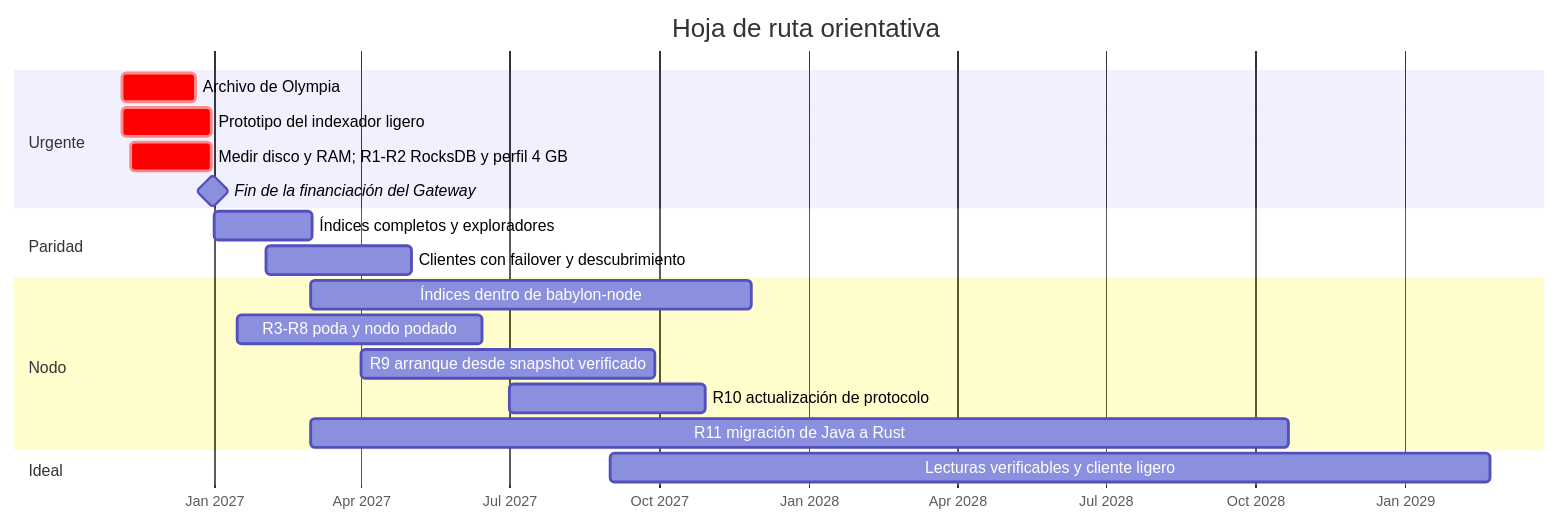
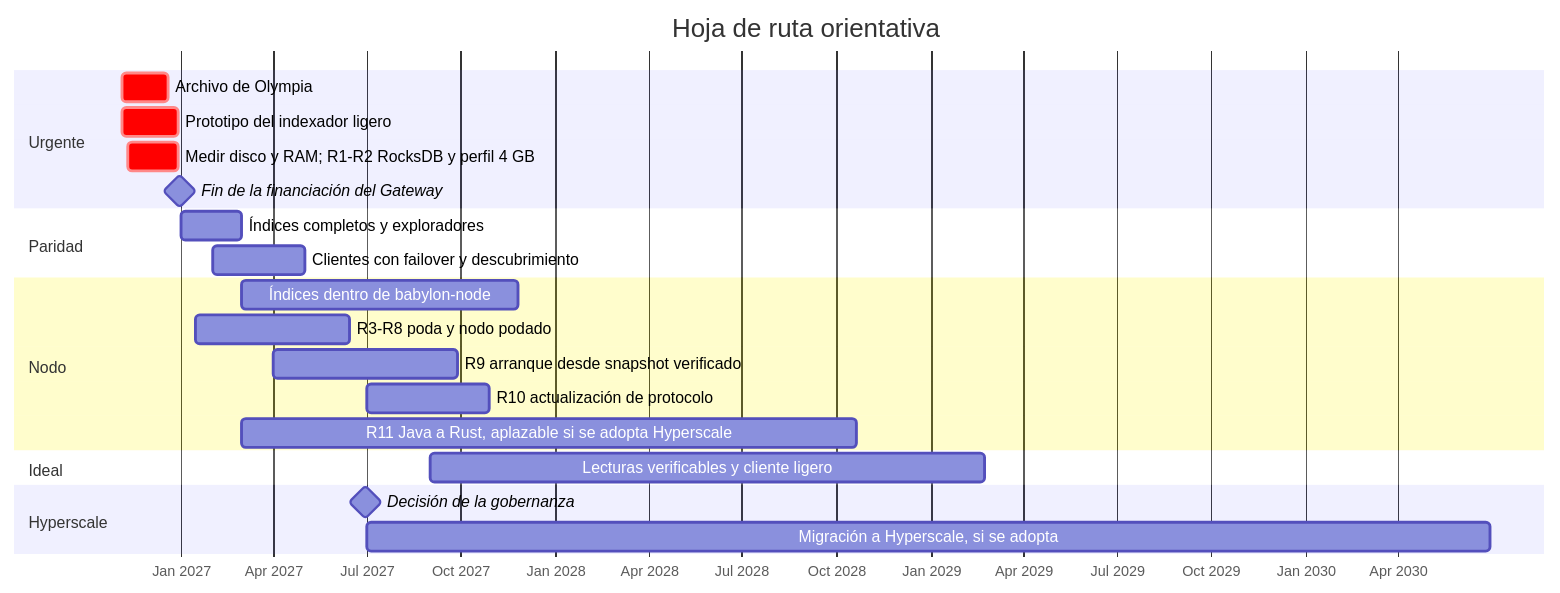
The first of 2 diagrams in docs/es/06-hoja-de-ruta.md (dazligth/radix-decentralization-roadmap), drawn with Mermaid before and after one commit. The commit also changed other lines of this file and 17 other files, not shown here.

````diff
--- a/docs/es/06-hoja-de-ruta.md
+++ b/docs/es/06-hoja-de-ruta.md
@@ -5,22 +5,25 @@
 ```mermaid
 gantt
     title Hoja de ruta orientativa
     dateFormat YYYY-MM-DD
     axisFormat %b %Y
     section Urgente
     Archivo de Olympia                       :crit, 2026-11-05, 45d
     Prototipo del indexador ligero           :crit, 2026-11-05, 55d
     Medir disco y RAM; R1-R2 RocksDB y perfil 4 GB :crit, 2026-11-10, 50d
     Fin de la financiación del Gateway       :milestone, 2026-12-31, 0d
     section Paridad
     Índices completos y exploradores         :2027-01-01, 60d
     Clientes con failover y descubrimiento   :2027-02-01, 90d
     section Nodo
     Índices dentro de babylon-node           :2027-03-01, 270d
     R3-R8 poda y nodo podado                 :2027-01-15, 150d
     R9 arranque desde snapshot verificado    :2027-04-01, 180d
     R10 actualización de protocolo           :2027-07-01, 120d
-    R11 migración de Java a Rust             :2027-03-01, 600d
+    R11 Java a Rust, aplazable si se adopta Hyperscale :2027-03-01, 600d
     section Ideal
     Lecturas verificables y cliente ligero   :2027-09-01, 540d
+    section Hyperscale
+    Decisión de la gobernanza               :milestone, 2027-06-30, 0d
+    Migración a Hyperscale, si se adopta     :2027-07-01, 1095d
 ```
````
